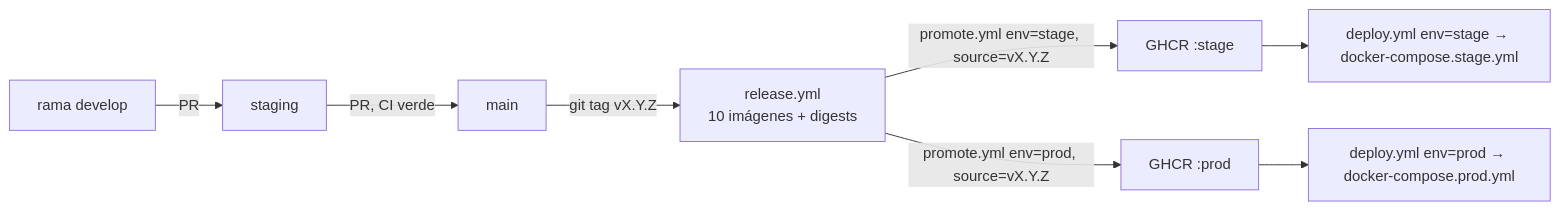
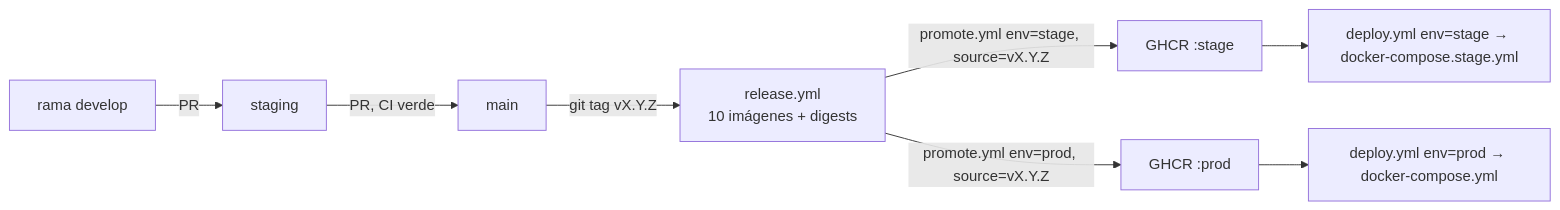
Before and after one commit to xozan845-ctrl/core-engine: the diagram in docs/runbook-entrega.md, drawn with Mermaid. The commit also changed other lines of this file and 27 other files, not shown here.

First line of the commit message:
chore(compose): unificar producción en docker-compose.yml y dejar 3 entornos (R-CD-3, ADR-22)

````diff
--- a/docs/runbook-entrega.md
+++ b/docs/runbook-entrega.md
@@ -19,10 +19,10 @@
 ```mermaid
 flowchart LR
     A[rama develop] -->|PR| B[staging]
     B -->|PR, CI verde| C[main]
     C -->|git tag vX.Y.Z| R["release.yml\n10 imágenes + digests"]
     R -->|"promote.yml env=stage, source=vX.Y.Z"| S["GHCR :stage"]
     R -->|"promote.yml env=prod, source=vX.Y.Z"| P["GHCR :prod"]
     S --> DS[deploy.yml env=stage → docker-compose.stage.yml]
-    P --> DP[deploy.yml env=prod → docker-compose.prod.yml]
+    P --> DP[deploy.yml env=prod → docker-compose.yml]
 ```
````
